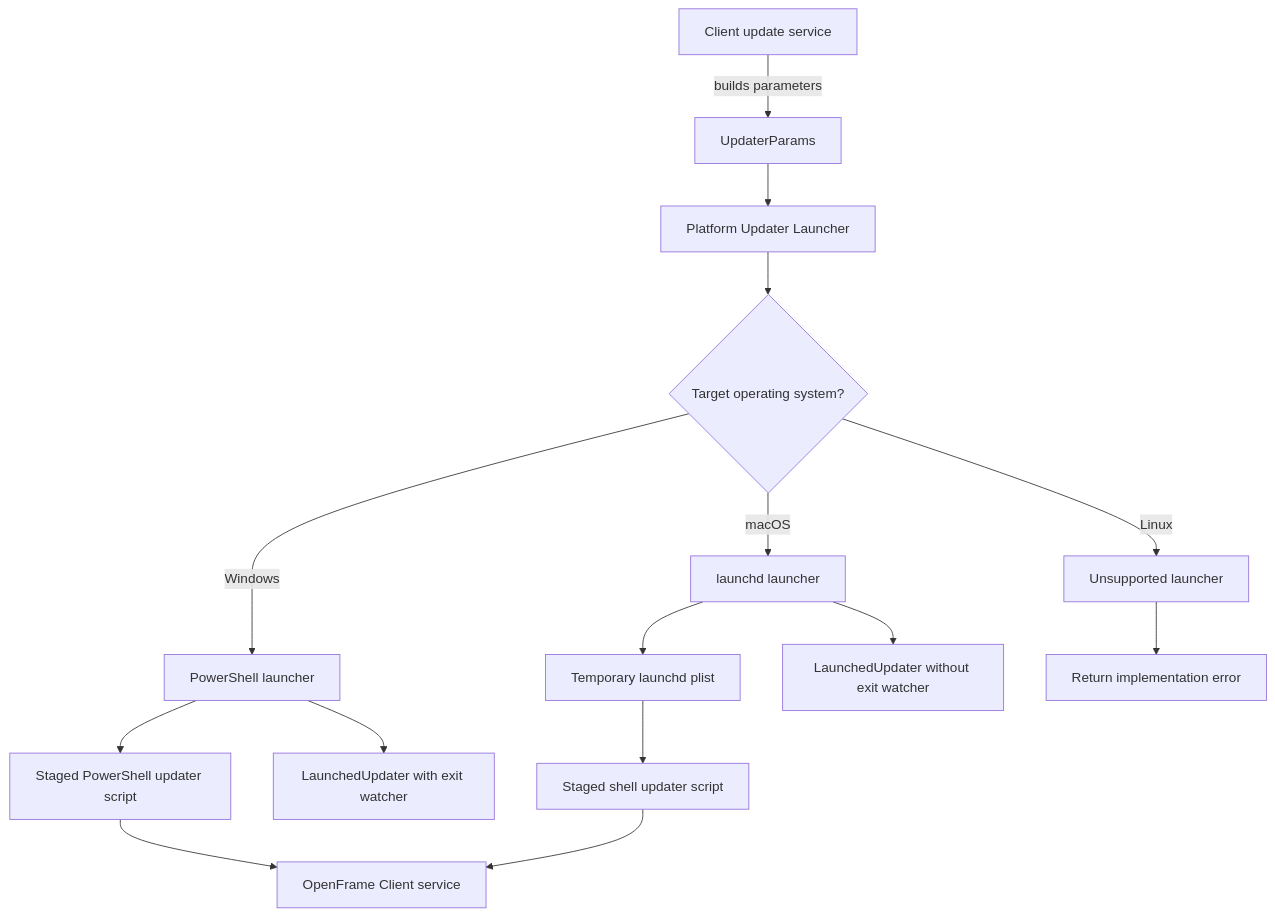
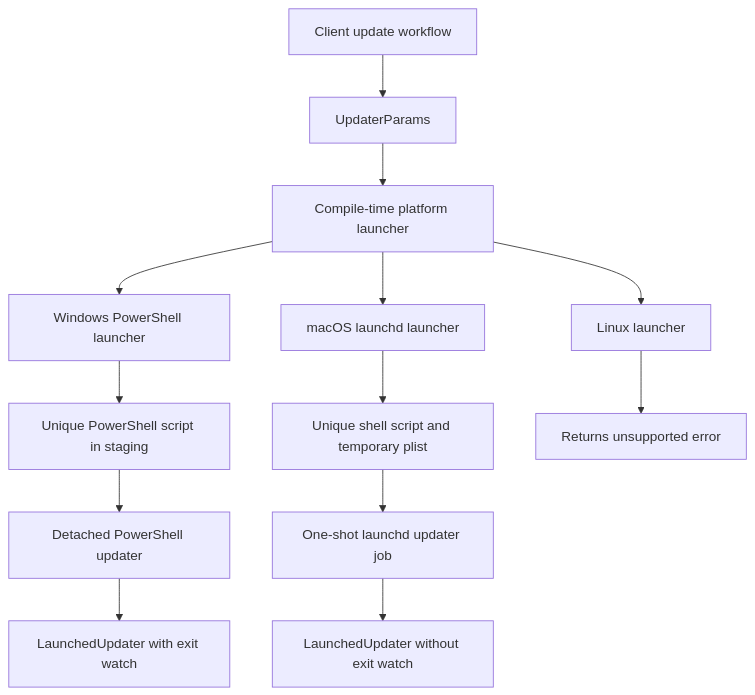
One commit to flamingo-stack/openframe-oss-tenant changed the first of 2 diagrams in docs/reference/architecture/openframe-client-core/platform-updater-launcher/platform-updater-launcher.md. Above: the diagram before and after it, drawn with Mermaid. The commit also changed other lines of this file and 2377 other files, not shown here.

````diff
--- a/docs/reference/architecture/openframe-client-core/platform-updater-launcher/platform-updater-launcher.md
+++ b/docs/reference/architecture/openframe-client-core/platform-updater-launcher/platform-updater-launcher.md
@@ -20,17 +20,15 @@
 ```mermaid
 flowchart TD
-    UpdateService["Client update service"] -->|"builds parameters"| Params["UpdaterParams"]
-    Params --> Launcher["Platform Updater Launcher"]
-    Launcher --> Select{"Target operating system?"}
-    Select -->|"Windows"| WinLauncher["PowerShell launcher"]
-    Select -->|"macOS"| MacLauncher["launchd launcher"]
-    Select -->|"Linux"| LinuxLauncher["Unsupported launcher"]
-    WinLauncher --> WinScript["Staged PowerShell updater script"]
-    MacLauncher --> Plist["Temporary launchd plist"]
-    Plist --> MacScript["Staged shell updater script"]
-    WinScript --> Service["OpenFrame Client service"]
-    MacScript --> Service
-    LinuxLauncher --> Error["Return implementation error"]
-    WinLauncher --> Handle["LaunchedUpdater with exit watcher"]
-    MacLauncher --> Detached["LaunchedUpdater without exit watcher"]
+    Caller["Client update workflow"] --> Params["UpdaterParams"]
+    Params --> Selector["Compile-time platform launcher"]
+    Selector --> Windows["Windows PowerShell launcher"]
+    Selector --> MacOS["macOS launchd launcher"]
+    Selector --> Linux["Linux launcher"]
+    Windows --> Script["Unique PowerShell script in staging"]
+    Script --> Process["Detached PowerShell updater"]
+    Process --> Watch["LaunchedUpdater with exit watch"]
+    MacOS --> Shell["Unique shell script and temporary plist"]
+    Shell --> Launchd["One-shot launchd updater job"]
+    Launchd --> HandOff["LaunchedUpdater without exit watch"]
+    Linux --> Unsupported["Returns unsupported error"]
 ```
````
